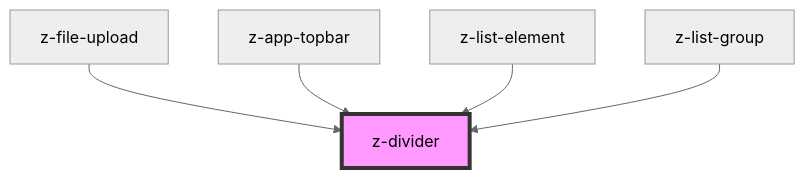
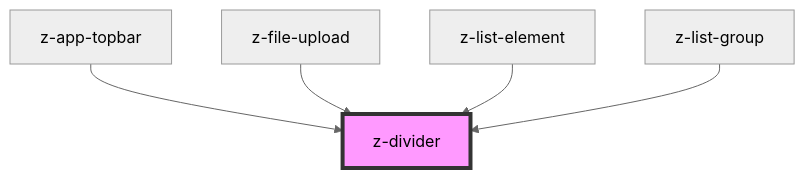
The diagram in src/components/z-divider/readme.md (ZanichelliEditore/design-system), drawn with Mermaid (neutral theme) before and after one commit. The commit also changed other lines of this file and 11 other files, not shown here.

````diff
--- a/src/components/z-divider/readme.md
+++ b/src/components/z-divider/readme.md
@@ -24,8 +25,8 @@
 ```mermaid
 graph TD;
+  z-app-topbar --> z-divider
   z-file-upload --> z-divider
-  z-app-topbar --> z-divider
   z-list-element --> z-divider
   z-list-group --> z-divider
   style z-divider fill:#f9f,stroke:#333,stroke-width:4px
 ```
````
